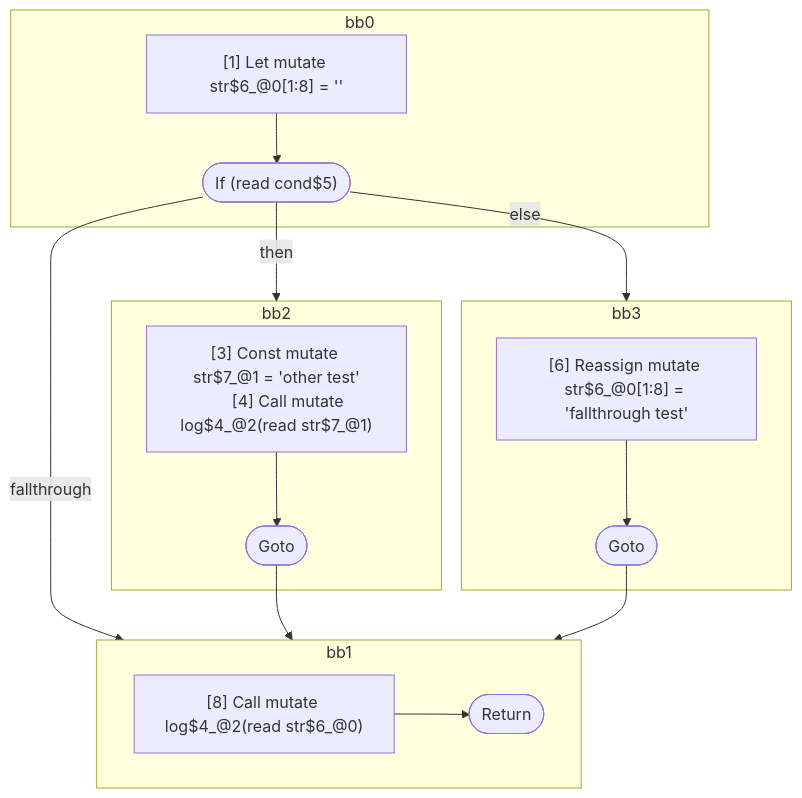
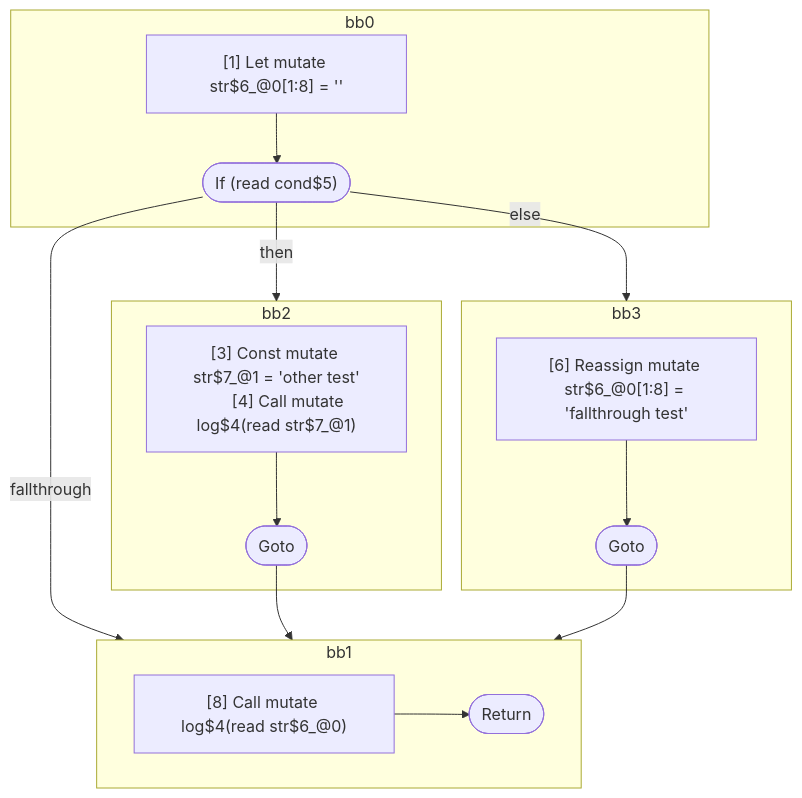
One commit to wutsmog/private changed the second of 2 diagrams in compiler/forget/src/__tests__/fixtures/hir/ssa-shadowing.expect.md. Above: the diagram before and after it, drawn with Mermaid. The commit also changed other lines of this file and 100 other files, not shown here.

````diff
--- a/compiler/forget/src/__tests__/fixtures/hir/ssa-shadowing.expect.md
+++ b/compiler/forget/src/__tests__/fixtures/hir/ssa-shadowing.expect.md
@@ -71,37 +103,37 @@
 ```mermaid
 flowchart TB
   %% Basic Blocks
   subgraph bb0
     bb0_instrs["
       [1] Let mutate str$6_@0[1:8] = ''
     "]
     bb0_instrs --> bb0_terminal(["If (read cond$5)"])
   end
   subgraph bb2
     bb2_instrs["
       [3] Const mutate str$7_@1 = 'other test'
-      [4] Call mutate log$4_@2(read str$7_@1)
+      [4] Call mutate log$4(read str$7_@1)
     "]
     bb2_instrs --> bb2_terminal(["Goto"])
   end
   subgraph bb3
     bb3_instrs["
       [6] Reassign mutate str$6_@0[1:8] = 'fallthrough test'
     "]
     bb3_instrs --> bb3_terminal(["Goto"])
   end
   subgraph bb1
     bb1_instrs["
-      [8] Call mutate log$4_@2(read str$6_@0)
+      [8] Call mutate log$4(read str$6_@0)
     "]
     bb1_instrs --> bb1_terminal(["Return"])
   end
 
   %% Jumps
   bb0_terminal -- "then" --> bb2
   bb0_terminal -- "else" --> bb3
   bb0_terminal -- "fallthrough" --> bb1
   bb2_terminal --> bb1
   bb3_terminal --> bb1
 
 ```
````
